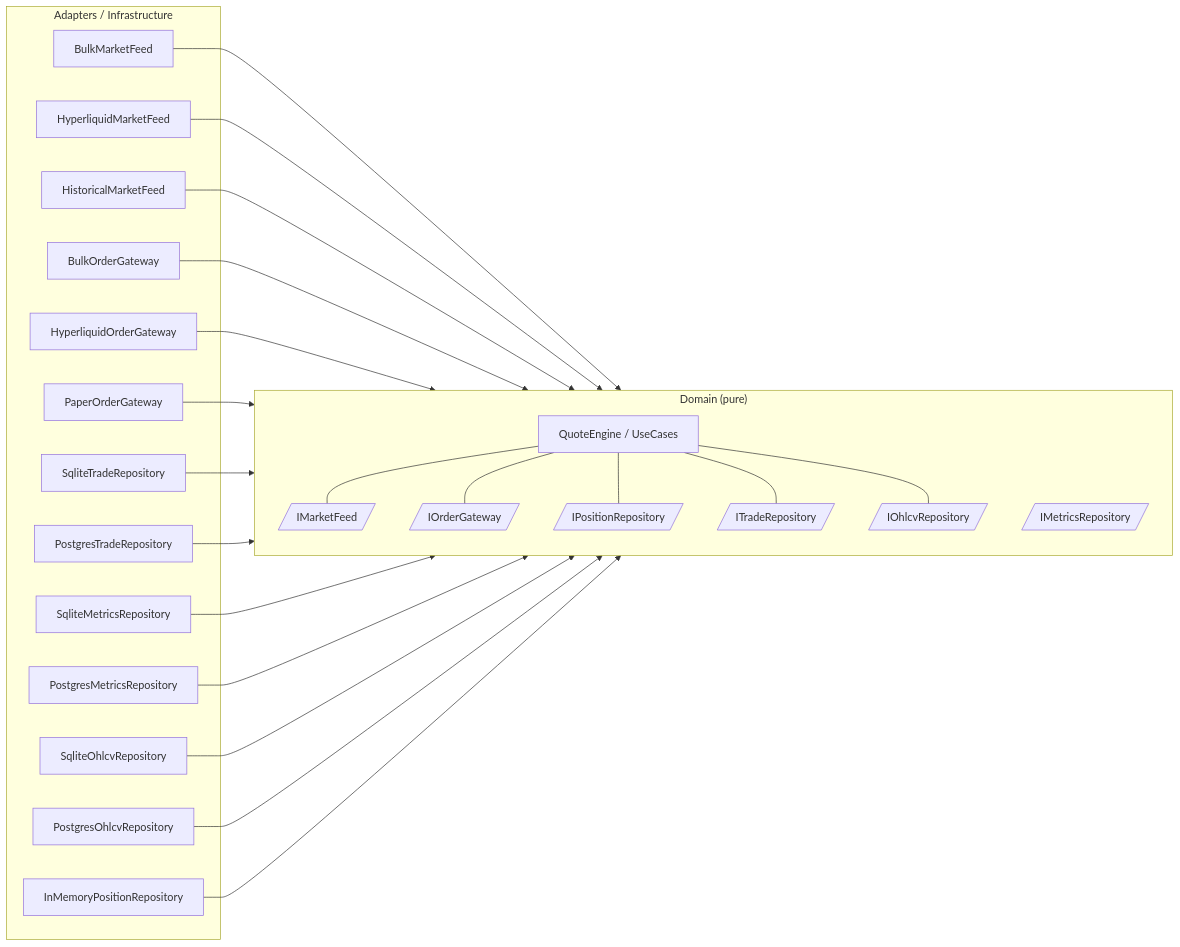
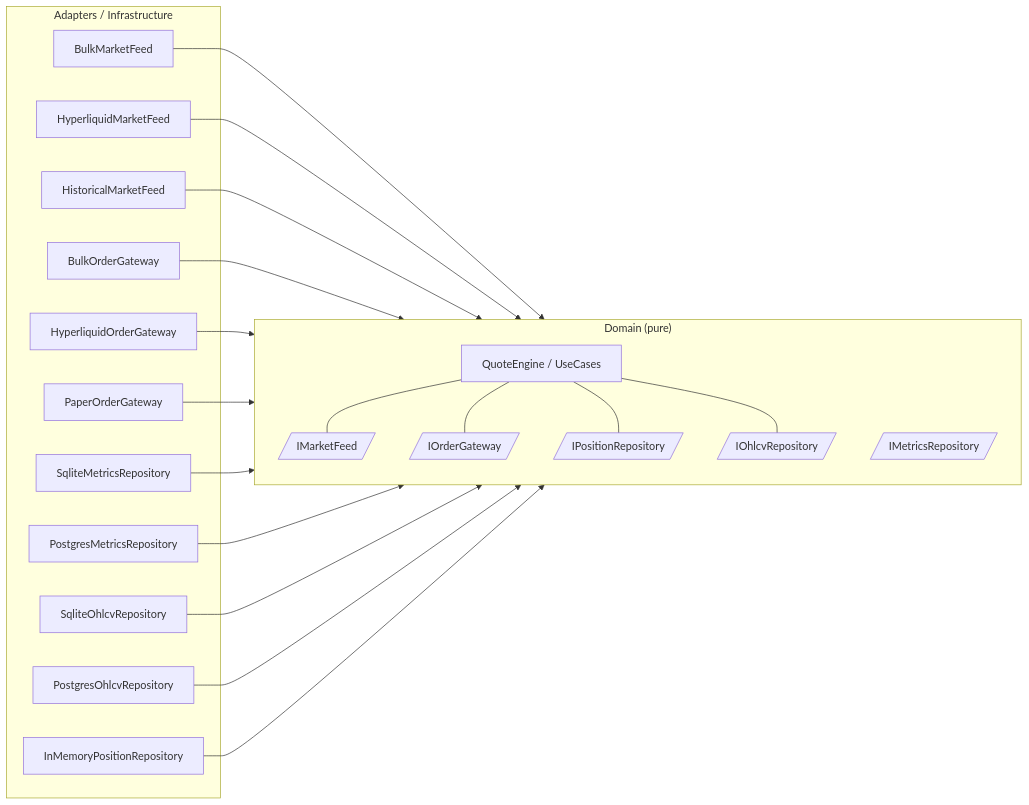
The fifth of 8 diagrams in docs/ARCHITECTURE.md (posaune0423/simple-mm-bot), drawn with Mermaid before and after one commit. The commit also changed other lines of this file and 51 other files, not shown here.

````diff
--- a/docs/ARCHITECTURE.md
+++ b/docs/ARCHITECTURE.md
@@ -238,33 +234,30 @@
 ```mermaid
 flowchart LR
     subgraph Domain["Domain (pure)"]
         direction TB
         QE["QuoteEngine / UseCases"]
         IMF[/"IMarketFeed"/]
         IOG[/"IOrderGateway"/]
-        ITR[/"ITradeRepository"/]
         IMR[/"IMetricsRepository"/]
         IOR[/"IOhlcvRepository"/]
         IPR[/"IPositionRepository"/]
         QE --- IMF & IOG & IPR
-        QE --- ITR & IOR
+        QE --- IOR
     end
 
     subgraph Outside["Adapters / Infrastructure"]
         BMF["BulkMarketFeed"] --> IMF
         HMF["HyperliquidMarketFeed"] --> IMF
         HistF["HistoricalMarketFeed"] --> IMF
 
         BOG["BulkOrderGateway"] --> IOG
         HOG["HyperliquidOrderGateway"] --> IOG
         POG["PaperOrderGateway"] --> IOG
 
-        SqTrade["SqliteTradeRepository"] --> ITR
-        PgTrade["PostgresTradeRepository"] --> ITR
         SqMetrics["SqliteMetricsRepository"] --> IMR
         PgMetrics["PostgresMetricsRepository"] --> IMR
         SqOhlcv["SqliteOhlcvRepository"] --> IOR
         PgOhlcv["PostgresOhlcvRepository"] --> IOR
         Mem["InMemoryPositionRepository"] --> IPR
     end
 ```
````
